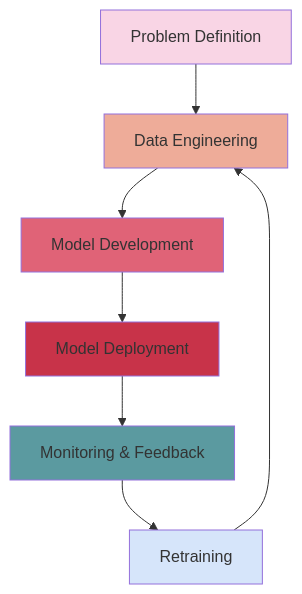
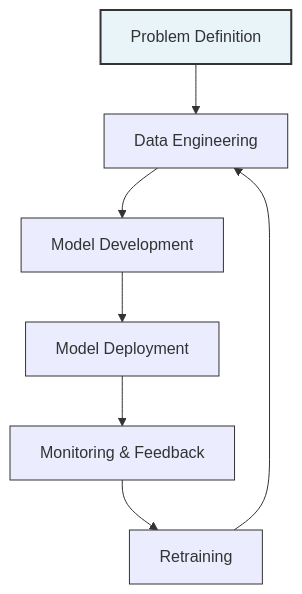
The diagram in docs/00-MLOps/03-MLOps-Lifecycle.md (devops-360-online/go-with-me-ml), drawn with Mermaid before and after one commit. The commit also changed 2 other files, not shown here.

Commit message:
Improve diagram readability in MLOps documentation

````diff
--- a/docs/00-MLOps/03-MLOps-Lifecycle.md
+++ b/docs/00-MLOps/03-MLOps-Lifecycle.md
@@ -7,16 +7,15 @@
 ```mermaid
 graph TD
     A[Problem Definition] --> B[Data Engineering]
     B --> C[Model Development]
     C --> D[Model Deployment]
     D --> E[Monitoring & Feedback]
     E --> F[Retraining]
     F --> B
     
-    style A fill:#f9d5e5
-    style B fill:#eeac99
-    style C fill:#e06377
-    style D fill:#c83349
-    style E fill:#5b9aa0
-    style F fill:#d6e5fa
+    classDef default fill:#FFFFF,stroke:#333,stroke-width:1px;
+    classDef highlight fill:#e8f4f8,stroke:#333,stroke-width:2px;
+    
+    class A,B,C,D,E,F default;
+    class A highlight;
 ```
````
